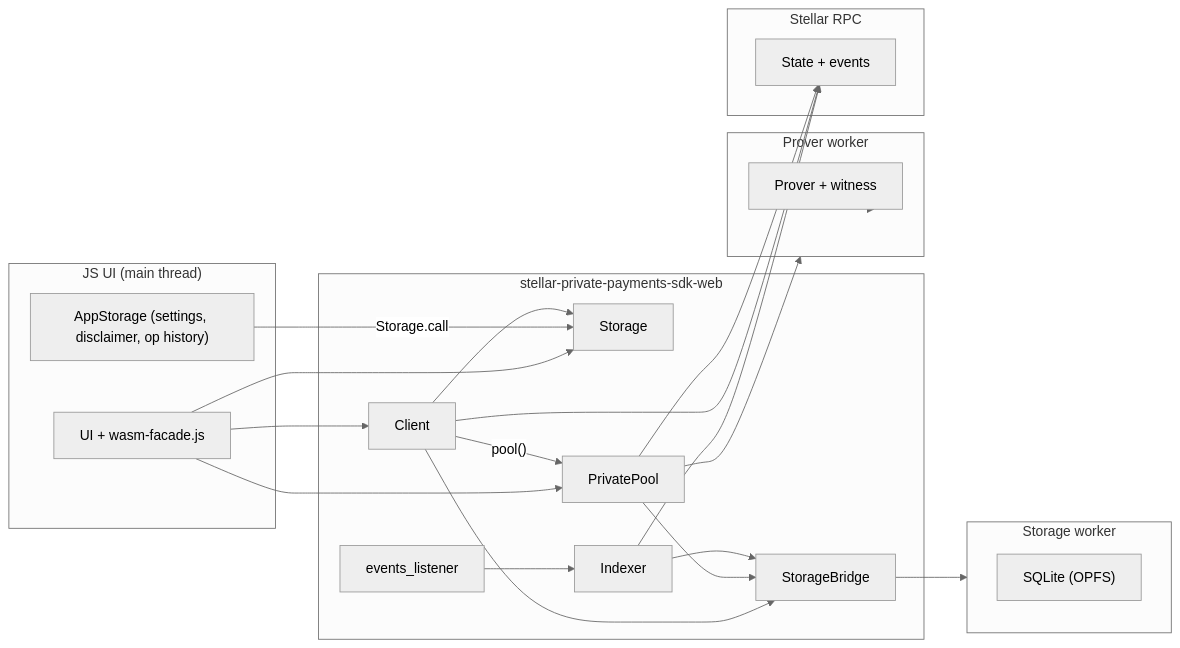
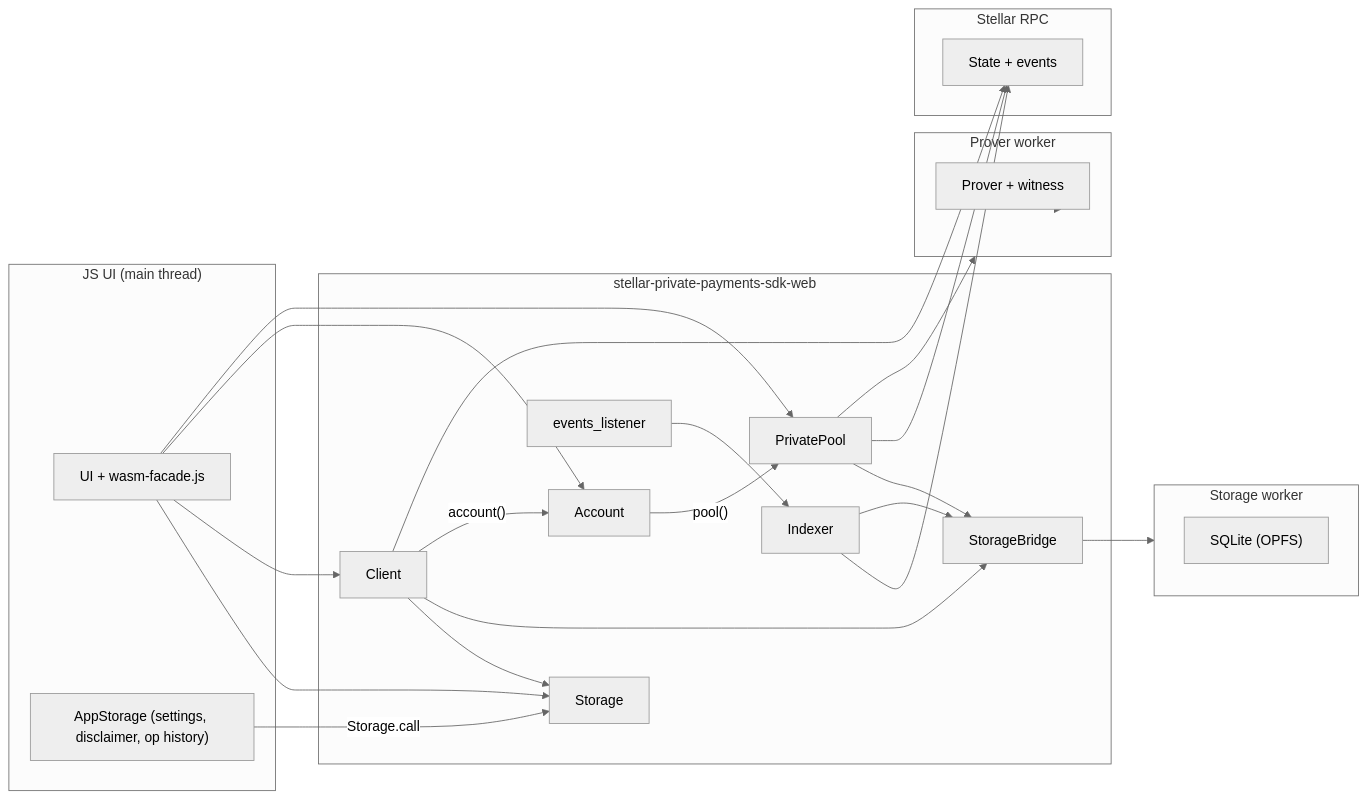
Before and after one commit to NethermindEth/stellar-private-payments: the diagram in app/ARCHITECTURE.md, drawn with Mermaid (neutral theme). The commit also changed other lines of this file and 51 other files, not shown here.

````diff
--- a/app/ARCHITECTURE.md
+++ b/app/ARCHITECTURE.md
@@ -108,45 +116,48 @@
 ```mermaid
 flowchart LR
   subgraph JS["JS UI (main thread)"]
     UI["UI + wasm-facade.js"]
     AS["AppStorage (settings, disclaimer, op history)"]
   end
 
   subgraph PKG["stellar-private-payments-sdk-web"]
     ST["Storage"]
     CL["Client"]
+    AC["Account"]
     PP["PrivatePool"]
     SB["StorageBridge"]
     EL["events_listener"]
     IDX["Indexer"]
   end
 
   subgraph SW["Storage worker"]
     DB["SQLite (OPFS)"]
   end
 
   subgraph PW["Prover worker"]
     PR["Prover + witness"]
   end
 
   subgraph RPC["Stellar RPC"]
     RPCAPI["State + events"]
   end
 
   UI --> ST
   UI --> CL
+  UI --> AC
   UI --> PP
   AS -->|"Storage.call"| ST
   CL --> ST
   CL --> SB
-  CL -->|"pool()"| PP
+  CL -->|"account()"| AC
+  AC -->|"pool()"| PP
   PP --> SB
   PP --> PW
   EL --> IDX
   IDX --> RPCAPI
   IDX --> SB
   SB --> SW
   PW --> PR
   CL --> RPCAPI
   PP --> RPCAPI
 ```
````
